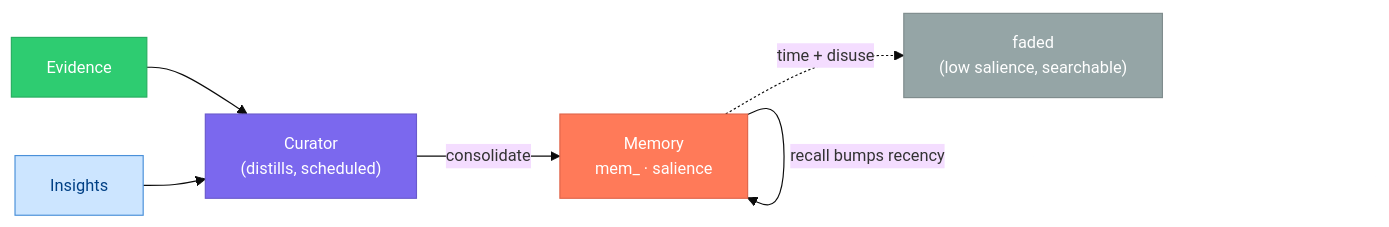
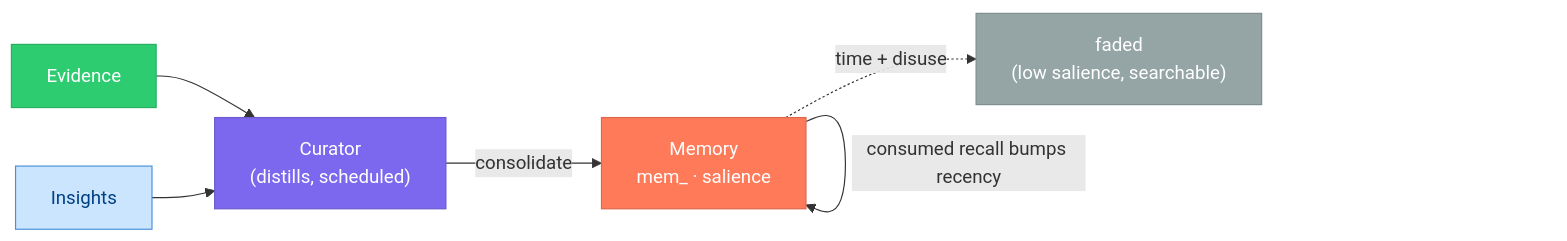
The second of 3 diagrams in specs/memory.md (alex-oleshkevich/dailydrift), drawn with Mermaid before and after one commit. The commit also changed other lines of this file and 44 other files, not shown here.

````diff
--- a/specs/memory.md
+++ b/specs/memory.md
@@ -343,21 +346,20 @@
 ```mermaid
-%%{init: {'theme': 'base', 'themeVariables': {'fontSize': '14px'}}}%%
 flowchart LR
     classDef fact fill:#2ECC71,stroke:#27AE60,color:#fff
     classDef discovery fill:#CCE5FF,stroke:#4A90D9,color:#004085
     classDef agent fill:#7B68EE,stroke:#6A5ACD,color:#fff
     classDef mem fill:#FF7A59,stroke:#E0654A,color:#fff
     classDef muted fill:#95A5A6,stroke:#7F8C8D,color:#fff
 
     EV["Evidence"]:::fact
     INS["Insights"]:::discovery
-    CUR["Curator\n(distills, scheduled)"]:::agent
-    MEM["Memory\nmem_ · salience"]:::mem
-    FADE["faded\n(low salience, searchable)"]:::muted
+    CUR["Curator<br/>(distills, scheduled)"]:::agent
+    MEM["Memory<br/>mem_ · salience"]:::mem
+    FADE["faded<br/>(low salience, searchable)"]:::muted
 
     EV --> CUR
     INS --> CUR
     CUR -->|"consolidate"| MEM
     MEM -.->|"time + disuse"| FADE
-    MEM -->|"recall bumps recency"| MEM
+    MEM -->|"consumed recall bumps recency"| MEM
 ```
````
